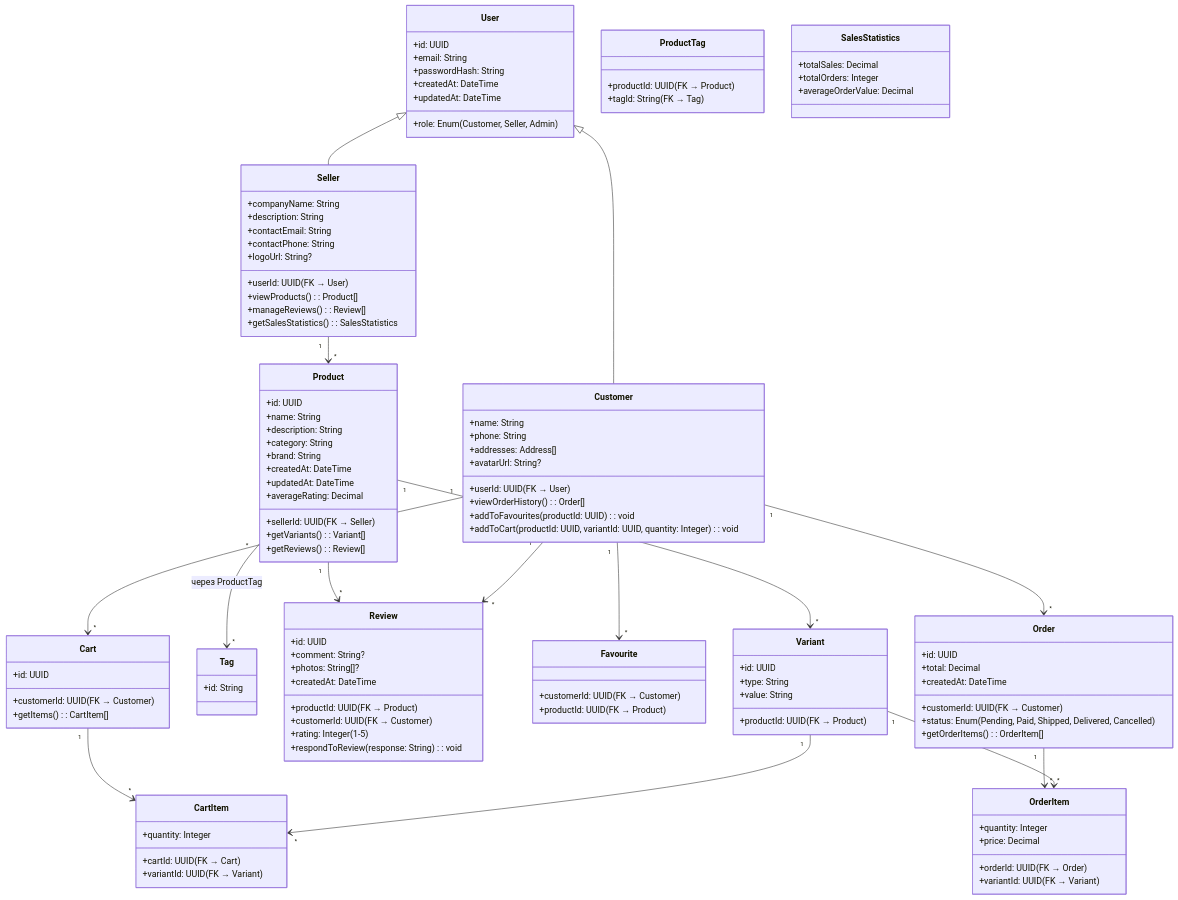
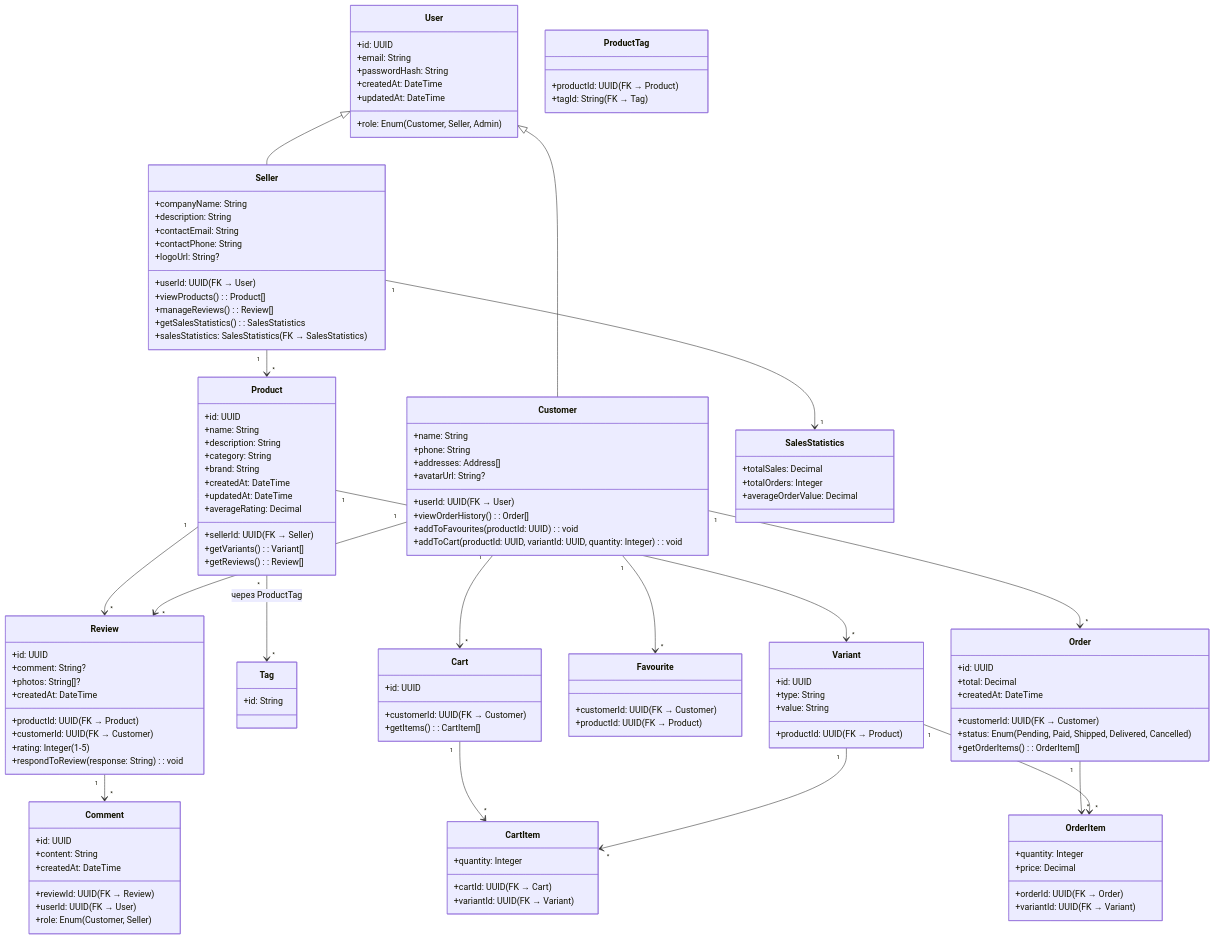
Before and after one commit to ItWasSnowy/SaGaMarket: the diagram in Documents/Диаграмма классов.md, drawn with Mermaid.

Commit message:
edit diagram classes, add comment entity and add some connections

```diff
--- a/Documents/Диаграмма классов.md
+++ b/Documents/Диаграмма классов.md
@@ -19,6 +19,17 @@
         +addToFavourites(productId: UUID): void
         +addToCart(productId: UUID, variantId: UUID, quantity: Integer): void
     }
+    
+    class Comment {
+        +id: UUID
+        +reviewId: UUID (FK → Review)
+        +userId: UUID (FK → User)
+        +role: Enum (Customer, Seller)
+        +content: String
+        +createdAt: DateTime
+    }
+
+   
 
     class Seller {
         +userId: UUID (FK → User)
@@ -30,6 +41,7 @@
         +viewProducts(): Product[]
         +manageReviews(): Review[]
         +getSalesStatistics(): SalesStatistics
+        +salesStatistics: SalesStatistics (FK → SalesStatistics)
     }
 
     class Product {
@@ -114,6 +126,8 @@
 
     User <|-- Customer
     User <|-- Seller
+    Seller "1" --> "1" SalesStatistics
+    Review "1" --> "*" Comment
     Seller "1" --> "*" Product
     Product "1" --> "*" Variant
     Product "*" --> "*" Tag : через ProductTag
```
